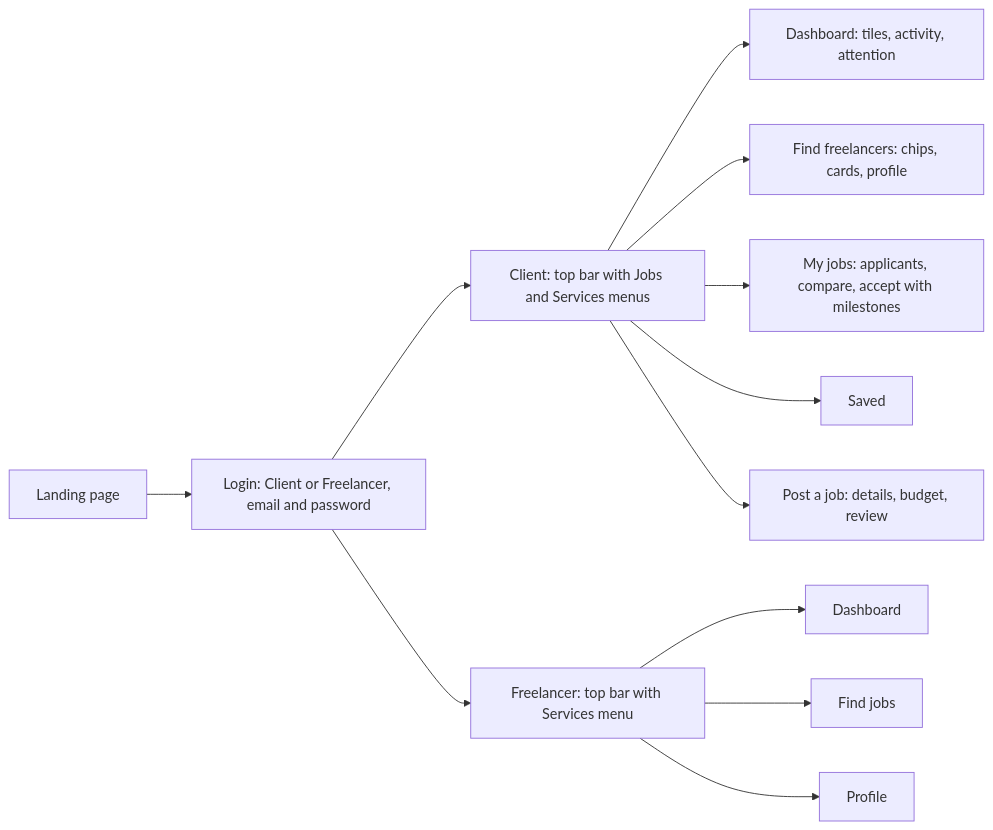
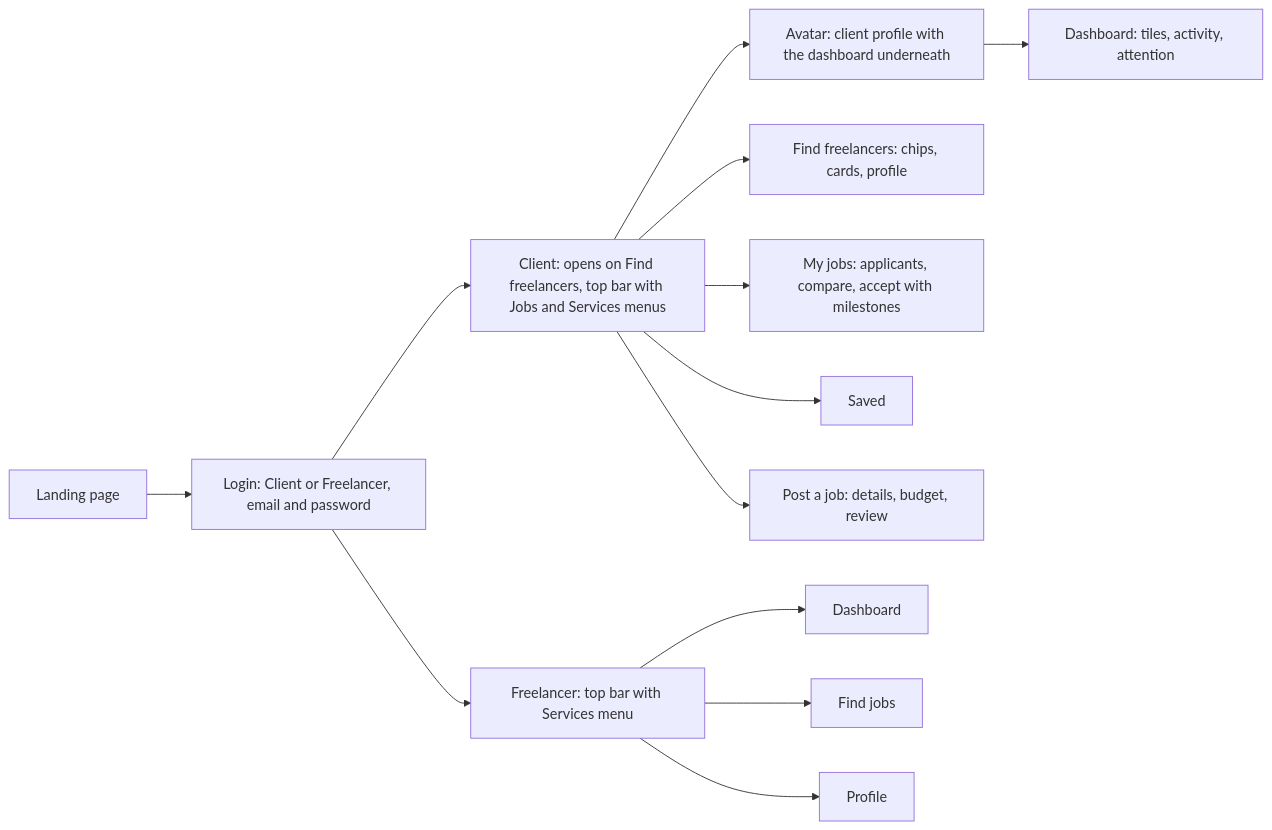
Before and after one commit to Krishnass05/fynd: the ninth of 9 diagrams in flow.md, drawn with Mermaid. The commit also changed 13 other files, not shown here.

First line of the commit message:
Move the client dashboard under the client profile

````diff
--- a/flow.md
+++ b/flow.md
@@ -151,14 +151,15 @@
 ```mermaid
 flowchart LR
   L[Landing page] --> G[Login: Client or Freelancer, email and password]
-  G --> C[Client: top bar with Jobs and Services menus]
+  G --> C[Client: opens on Find freelancers, top bar with Jobs and Services menus]
+  C --> CP[Avatar: client profile with the dashboard underneath]
   G --> F[Freelancer: top bar with Services menu]
-  C --> C1[Dashboard: tiles, activity, attention]
+  CP --> C1[Dashboard: tiles, activity, attention]
   C --> C2[Find freelancers: chips, cards, profile]
   C --> C3[My jobs: applicants, compare, accept with milestones]
   C --> C4[Saved]
   C --> C5[Post a job: details, budget, review]
   F --> F1[Dashboard]
   F --> F2[Find jobs]
   F --> F3[Profile]
 ```
````
